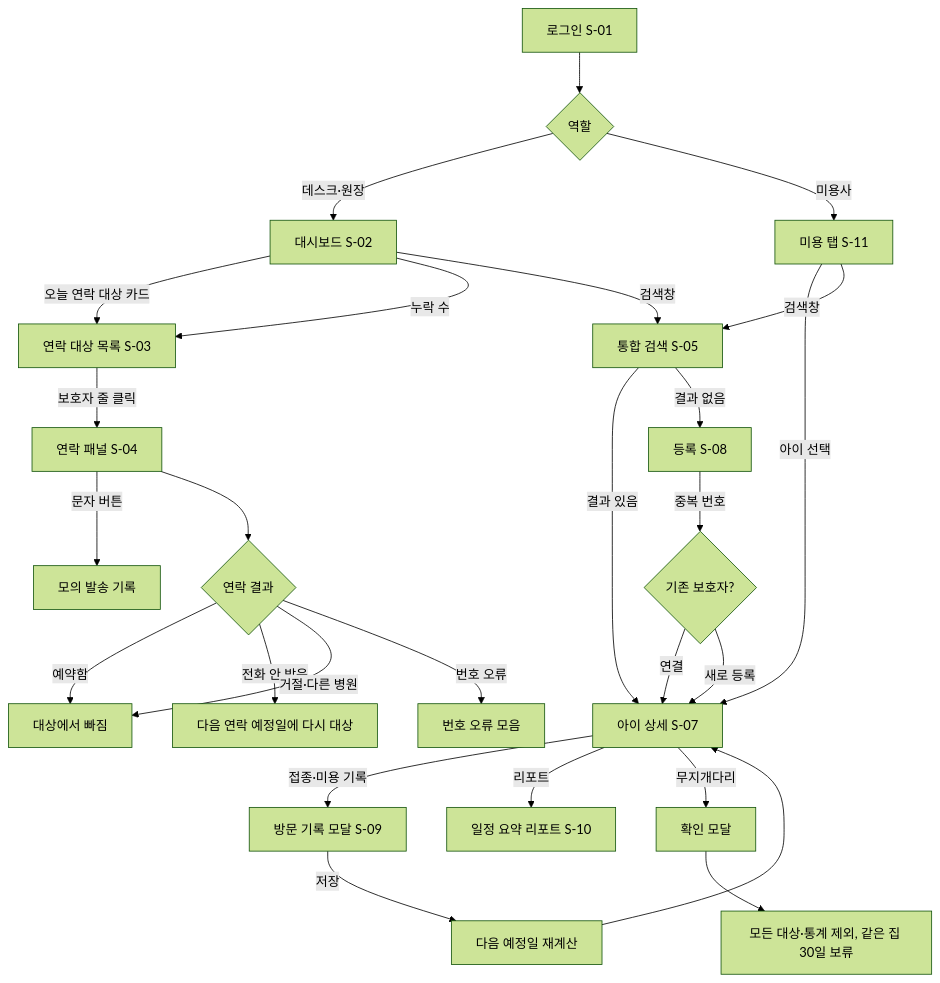
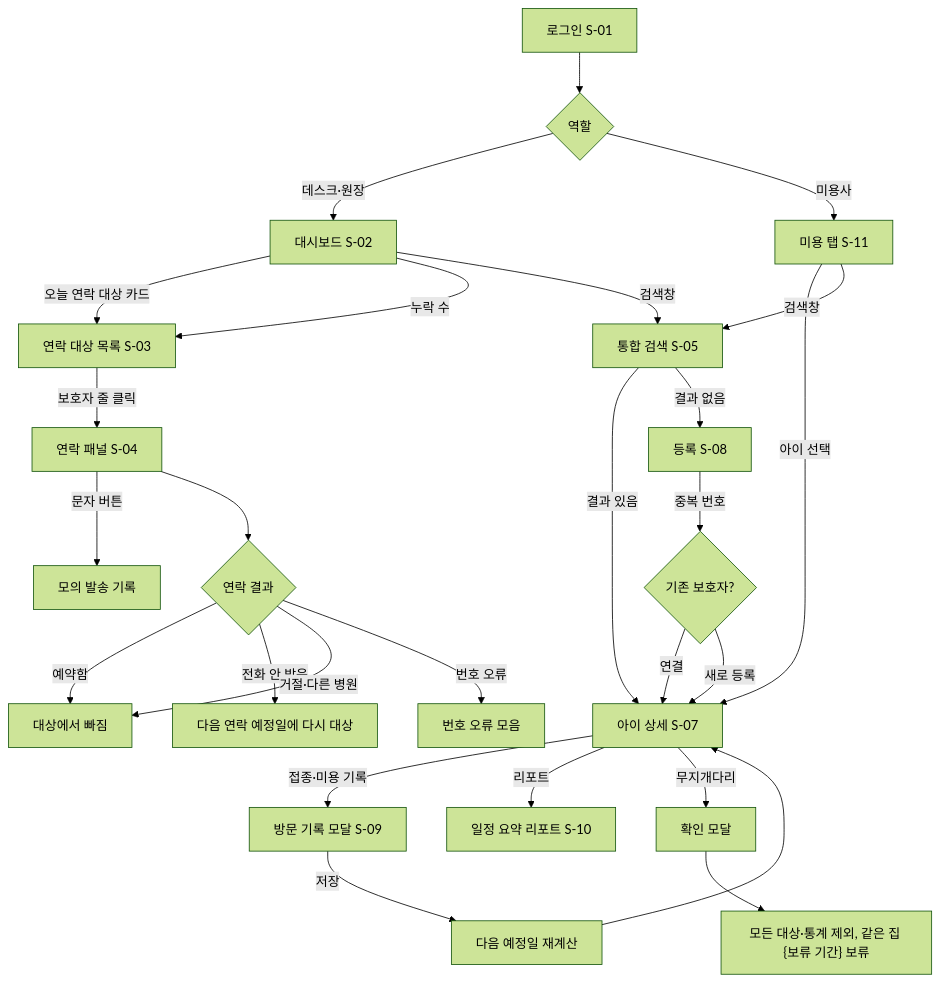
One commit to DaDaYikSun/CRM changed the diagram in docs/planning/업무 분석_사용자(2026-11-23).md. Above: the diagram before and after it, drawn with Mermaid (forest theme). The commit also changed other lines of this file, not shown here.

````diff
--- a/docs/planning/업무 분석_사용자(2026-11-23).md
+++ b/docs/planning/업무 분석_사용자(2026-11-23).md
@@ -185,28 +185,28 @@
 ```mermaid
 flowchart TD
   L[로그인 S-01] --> R{역할}
   R -->|데스크·원장| D[대시보드 S-02]
   R -->|미용사| GR[미용 탭 S-11]
   GR -->|아이 선택| C
   GR -->|검색창| SR[통합 검색 S-05]
   D -->|오늘 연락 대상 카드| T[연락 대상 목록 S-03]
   D -->|누락 수| T
   T -->|보호자 줄 클릭| P[연락 패널 S-04]
   P -->|문자 버튼| M[모의 발송 기록]
   P --> RES{연락 결과}
   RES -->|예약함| OUT[대상에서 빠짐]
   RES -->|전화 안 받음| NEXT[다음 연락 예정일에 다시 대상]
   RES -->|거절·다른 병원| OUT
   RES -->|번호 오류| ERR[번호 오류 모음]
   D -->|검색창| SR
   SR -->|결과 있음| C[아이 상세 S-07]
   SR -->|결과 없음| REG[등록 S-08]
   REG -->|중복 번호| DUP{기존 보호자?}
   DUP -->|연결| C
   DUP -->|새로 등록| C
   C -->|접종·미용 기록| V[방문 기록 모달 S-09]
   V -->|저장| DUE[다음 예정일 재계산]
   DUE --> C
   C -->|리포트| RP[일정 요약 리포트 S-10]
-  C -->|무지개다리| RB[확인 모달] --> HOLD[모든 대상·통계 제외, 같은 집 30일 보류]
+  C -->|무지개다리| RB[확인 모달] --> HOLD["모든 대상·통계 제외, 같은 집 {보류 기간} 보류"]
 ```
````
